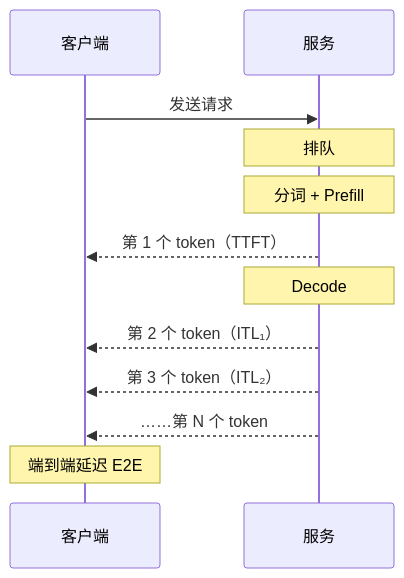
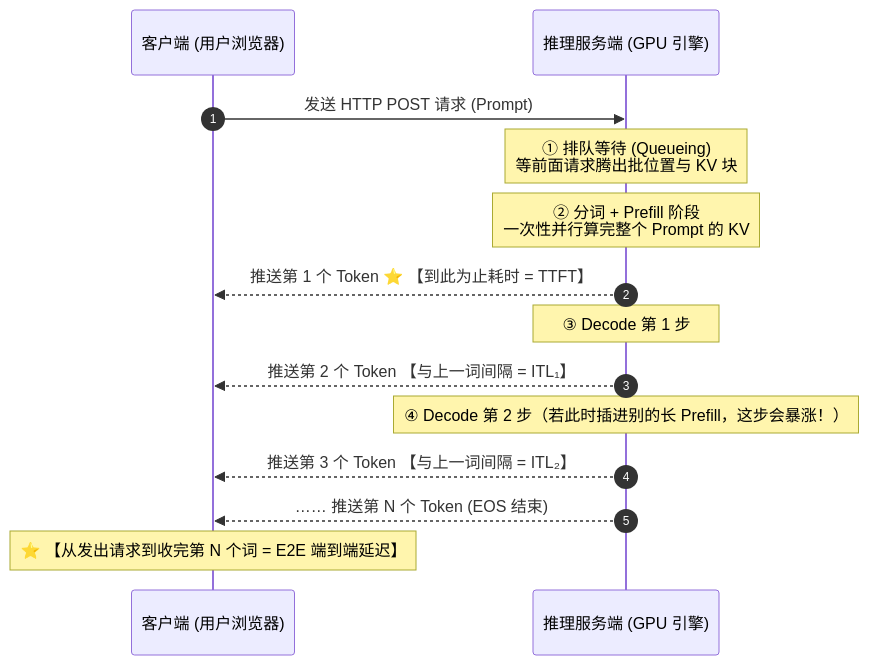
One commit to zrpxx/hands-on-llm-serving-opt changed the diagram in stage0/05-metrics.md. Above: the diagram before and after it, drawn with Mermaid. The commit also changed other lines of this file and 22 other files, not shown here.

````diff
--- a/stage0/05-metrics.md
+++ b/stage0/05-metrics.md
@@ -13,14 +29,16 @@
 ```mermaid
 sequenceDiagram
-  participant C as 客户端
-  participant S as 服务
-  C->>S: 发送请求
-  Note over S: 排队
-  Note over S: 分词 + Prefill
-  S-->>C: 第 1 个 token（TTFT）
-  Note over S: Decode
-  S-->>C: 第 2 个 token（ITL₁）
-  S-->>C: 第 3 个 token（ITL₂）
-  S-->>C: ……第 N 个 token
-  Note over C: 端到端延迟 E2E
+  autonumber
+  participant C as 客户端 (用户浏览器)
+  participant S as 推理服务端 (GPU 引擎)
+  C->>S: 发送 HTTP POST 请求 (Prompt)
+  Note over S: ① 排队等待 (Queueing)<br/>等前面请求腾出批位置与 KV 块
+  Note over S: ② 分词 + Prefill 阶段<br/>一次性并行算完整个 Prompt 的 KV
+  S-->>C: 推送第 1 个 Token ⭐️ 【到此为止耗时 = TTFT】
+  Note over S: ③ Decode 第 1 步
+  S-->>C: 推送第 2 个 Token 【与上一词间隔 = ITL₁】
+  Note over S: ④ Decode 第 2 步（若此时插进别的长 Prefill，这步会暴涨！）
+  S-->>C: 推送第 3 个 Token 【与上一词间隔 = ITL₂】
+  S-->>C: …… 推送第 N 个 Token (EOS 结束)
+  Note over C: ⭐️ 【从发出请求到收完第 N 个词 = E2E 端到端延迟】
 ```
````
